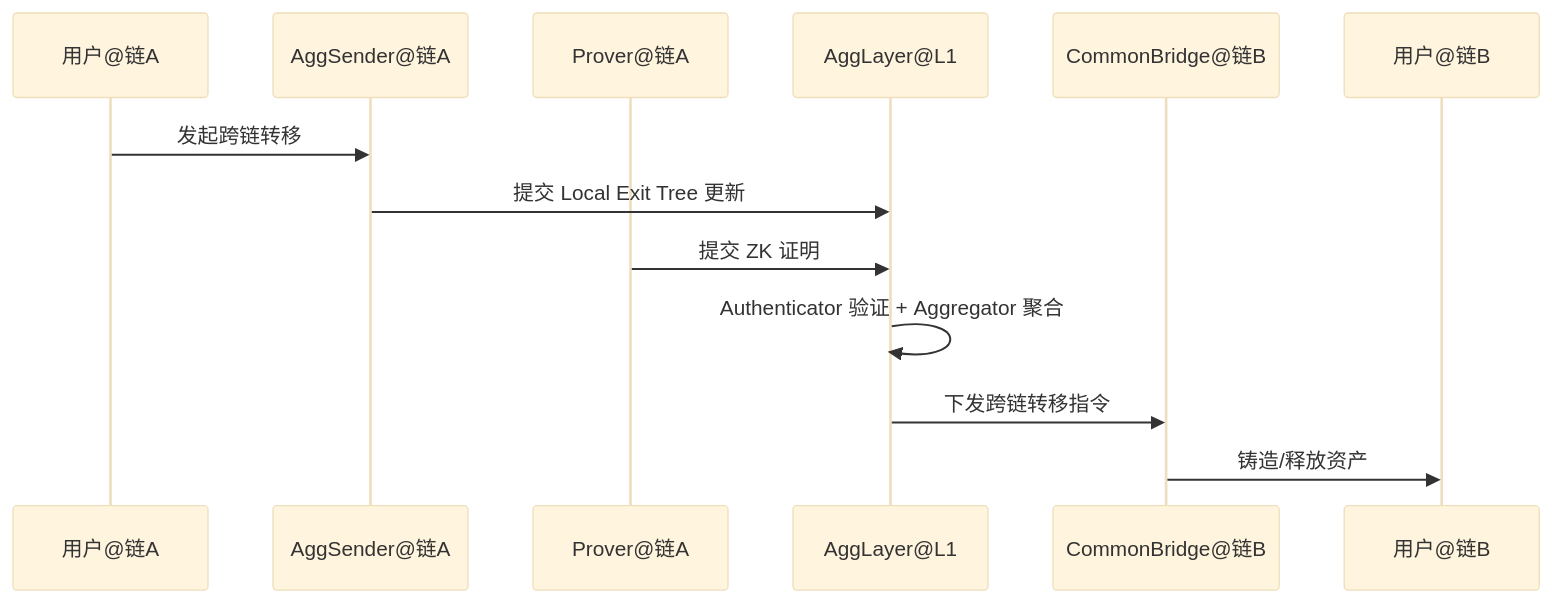
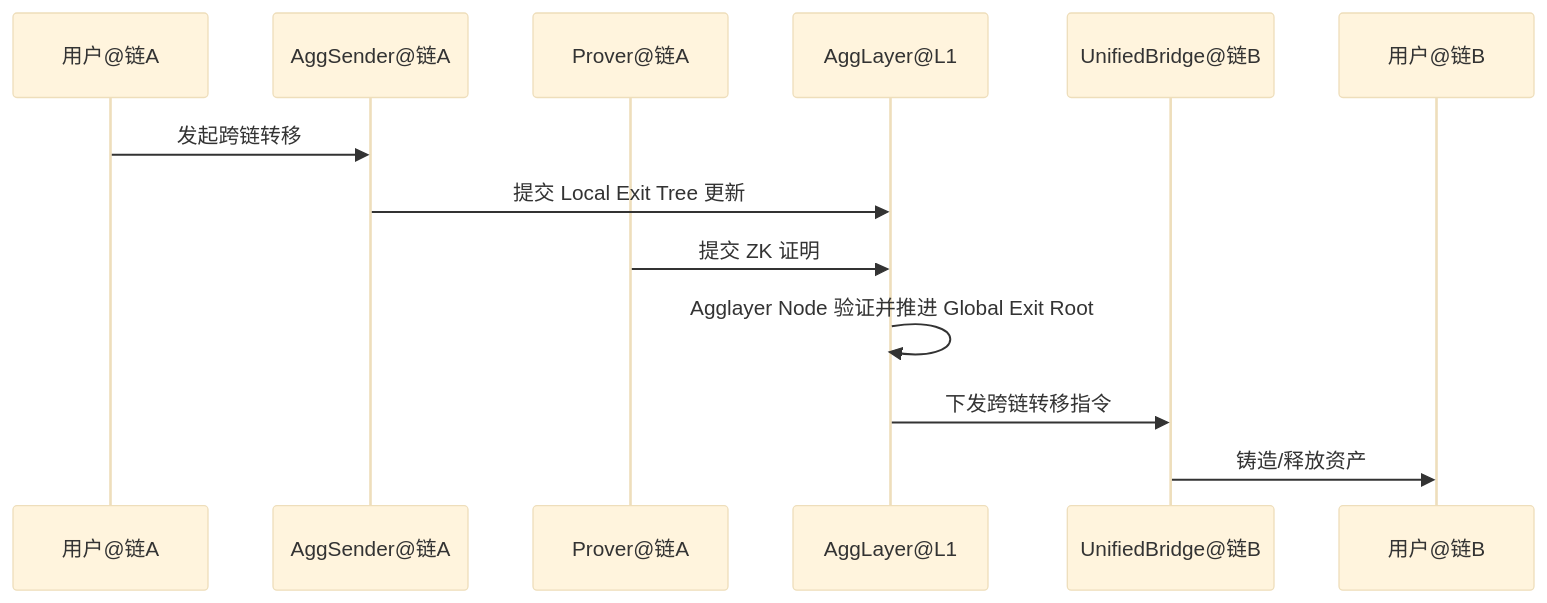
Before and after one commit to dreamer-zq/Obsidian-vault: the second of 2 diagrams in 01-Notes/blockchain/L2/polygon/Agglayer.md, drawn with Mermaid (base theme). The commit also changed other lines of this file and 5 other files, not shown here.

````diff
--- a/01-Notes/blockchain/L2/polygon/Agglayer.md
+++ b/01-Notes/blockchain/L2/polygon/Agglayer.md
@@ -86,16 +92,16 @@
 ```mermaid
 sequenceDiagram
     participant UA as 用户@链A
     participant SA as AggSender@链A
     participant PR as Prover@链A
     participant AL as AggLayer@L1
-    participant CB as CommonBridge@链B
+    participant BR as UnifiedBridge@链B
     participant UB as 用户@链B
 
     UA->>SA: 发起跨链转移
     SA->>AL: 提交 Local Exit Tree 更新
     PR->>AL: 提交 ZK 证明
-    AL->>AL: Authenticator 验证 + Aggregator 聚合
-    AL->>CB: 下发跨链转移指令
-    CB->>UB: 铸造/释放资产
+    AL->>AL: Agglayer Node 验证并推进 Global Exit Root
+    AL->>BR: 下发跨链转移指令
+    BR->>UB: 铸造/释放资产
 ```
````
